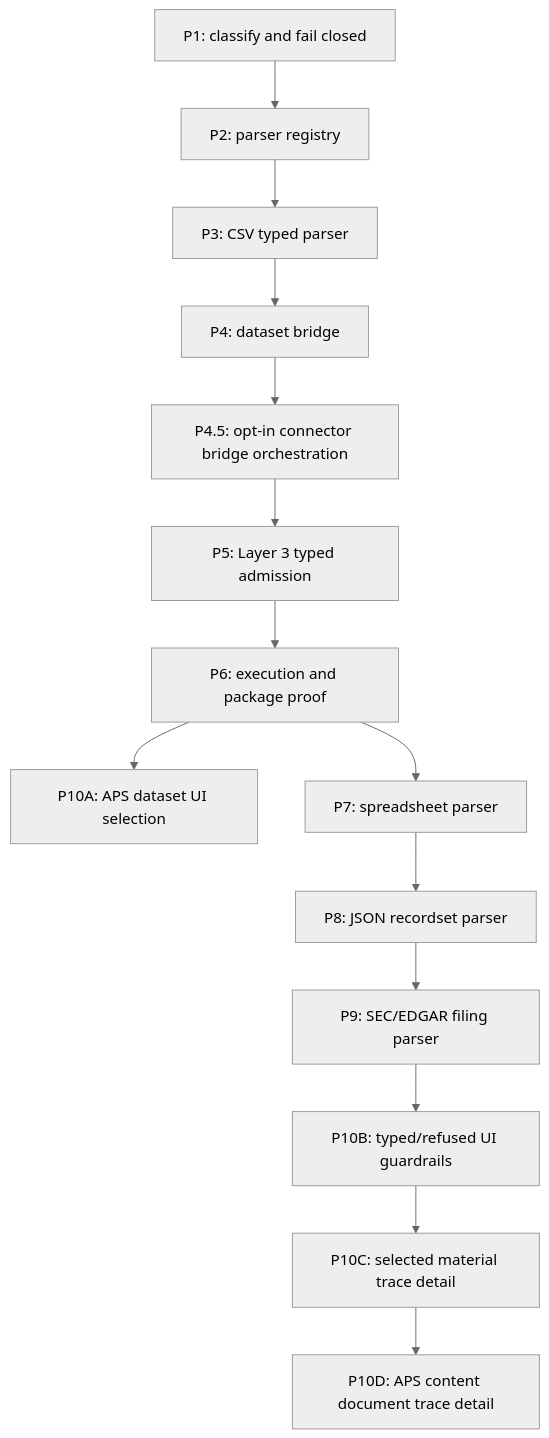
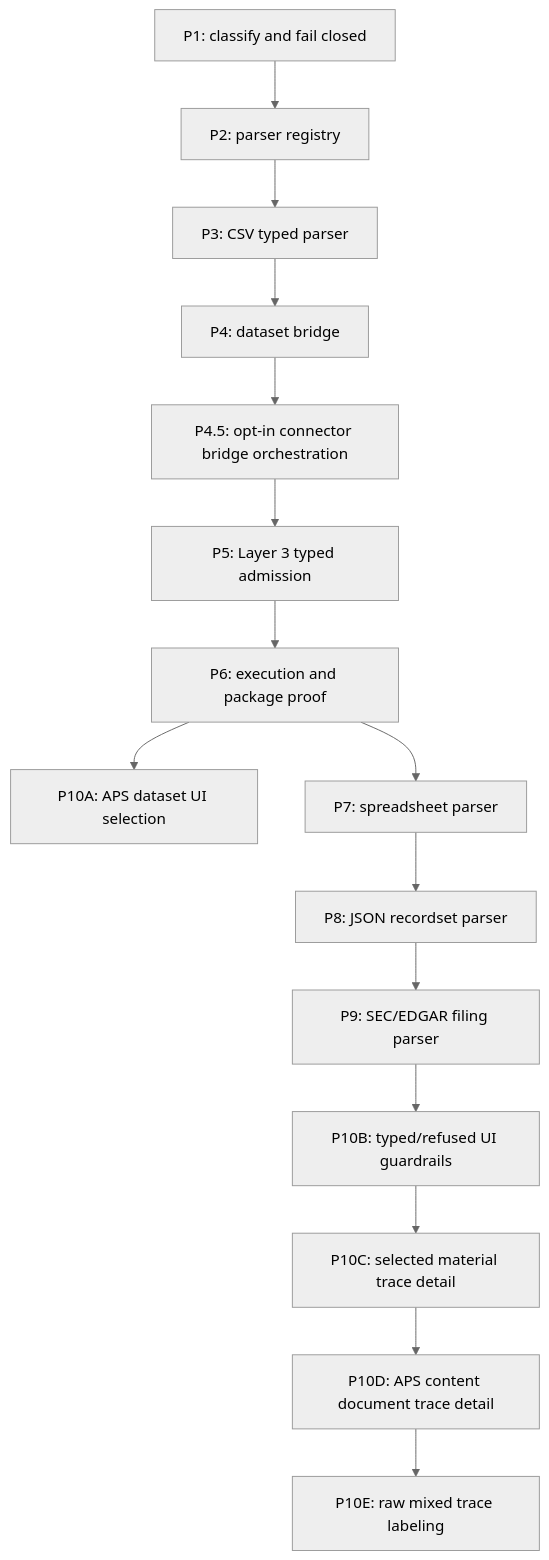
Before and after one commit to benjmcd/project6_REPO_MCP_FOLDER: the diagram in next_milestone_plans/multi-ingest/03-implementation.md, drawn with Mermaid (neutral theme). The commit also changed other lines of this file and 10 other files, not shown here.

Commit message:
Label raw mixed materialized source traces

````diff
--- a/next_milestone_plans/multi-ingest/03-implementation.md
+++ b/next_milestone_plans/multi-ingest/03-implementation.md
@@ -453,16 +455,17 @@
 ```mermaid
 flowchart TD
     A["P1: classify and fail closed"] --> B["P2: parser registry"]
     B --> C["P3: CSV typed parser"]
     C --> D["P4: dataset bridge"]
     D --> E["P4.5: opt-in connector bridge orchestration"]
     E --> F["P5: Layer 3 typed admission"]
     F --> G["P6: execution and package proof"]
     G --> H["P10A: APS dataset UI selection"]
     G --> I["P7: spreadsheet parser"]
     I --> J["P8: JSON recordset parser"]
     J --> K["P9: SEC/EDGAR filing parser"]
     K --> L["P10B: typed/refused UI guardrails"]
     L --> M["P10C: selected material trace detail"]
     M --> N["P10D: APS content document trace detail"]
+    N --> O["P10E: raw mixed trace labeling"]
 ```
````
